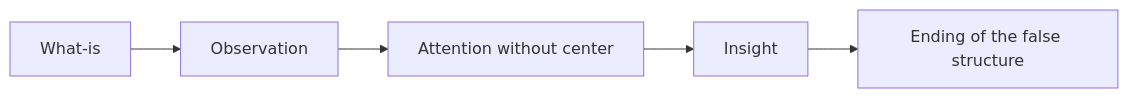
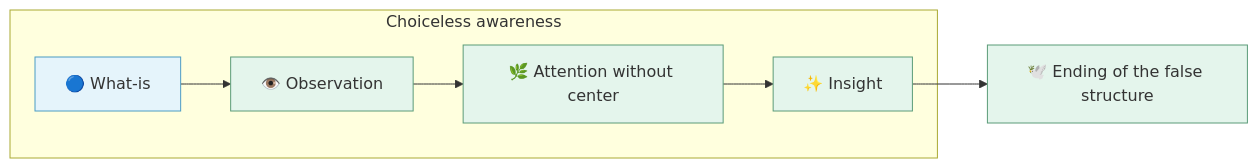
One commit to enogrob/enogrob.github.io changed the ninth of 11 diagrams in _posts/2026-09-08-architecture-of-the-mind-krishnamurti.md. Above: the diagram before and after it, drawn with Mermaid. The commit also changed other lines of this file, not shown here.

````diff
--- a/_posts/2026-09-08-architecture-of-the-mind-krishnamurti.md
+++ b/_posts/2026-09-08-architecture-of-the-mind-krishnamurti.md
@@ -191,7 +346,13 @@
 ```mermaid!
 flowchart LR
-    W["What-is"] --> O["Observation"]
-    O --> A["Attention without center"]
-    A --> I["Insight"]
-    I --> E["Ending of the false structure"]
+    subgraph SEEING[Choiceless awareness]
+      W["🔵 What-is"] --> O["👁️ Observation"]
+      O --> A["🌿 Attention without center"]
+      A --> I["✨ Insight"]
+    end
+    I --> E["🕊️ Ending of the false structure"]
+    classDef fact fill:#e5f4fb,stroke:#4b9cc4,stroke-width:1px
+    classDef awareness fill:#e4f5ec,stroke:#5b9b78,stroke-width:1px
+    class W fact
+    class O,A,I,E awareness
 ```
````
